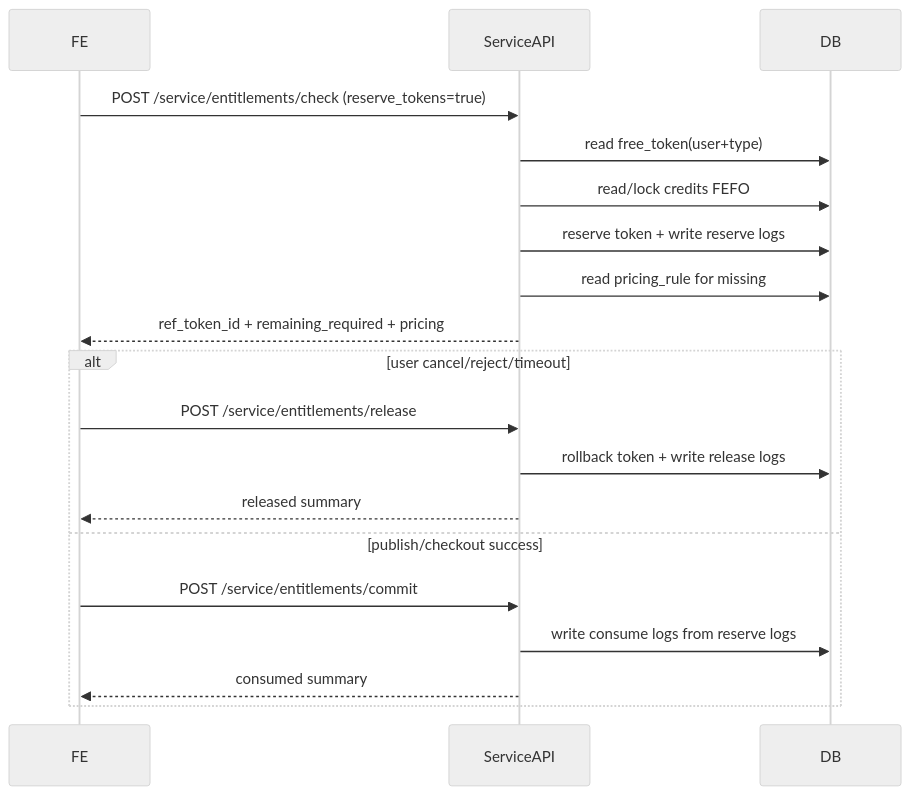
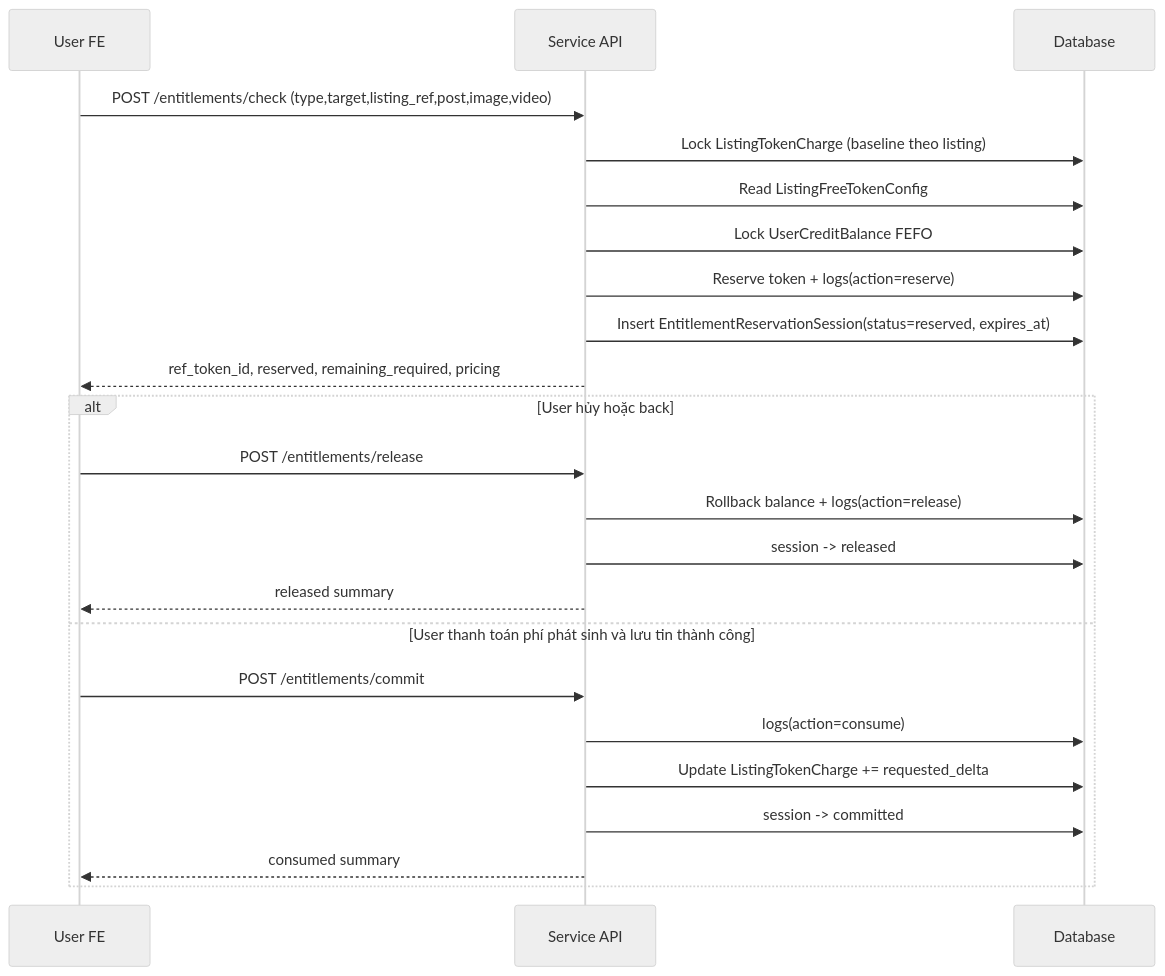
One commit to ntrieuvy/wikis changed the third of 3 diagrams in subcriptionsv2.md. Above: the diagram before and after it, drawn with Mermaid (neutral theme). The commit also changed other lines of this file, not shown here.

````diff
--- a/subcriptionsv2.md
+++ b/subcriptionsv2.md
@@ -93,23 +188,27 @@
 ```mermaid
 sequenceDiagram
-    participant FE
-    participant ServiceAPI
-    participant DB
+    participant FE as User FE
+    participant S as Service API
+    participant DB as Database
 
-    FE->>ServiceAPI: POST /service/entitlements/check (reserve_tokens=true)
-    ServiceAPI->>DB: read free_token(user+type)
-    ServiceAPI->>DB: read/lock credits FEFO
-    ServiceAPI->>DB: reserve token + write reserve logs
-    ServiceAPI->>DB: read pricing_rule for missing
-    ServiceAPI-->>FE: ref_token_id + remaining_required + pricing
+    FE->>S: POST /entitlements/check (type,target,listing_ref,post,image,video)
+    S->>DB: Lock ListingTokenCharge (baseline theo listing)
+    S->>DB: Read ListingFreeTokenConfig
+    S->>DB: Lock UserCreditBalance FEFO
+    S->>DB: Reserve token + logs(action=reserve)
+    S->>DB: Insert EntitlementReservationSession(status=reserved, expires_at)
+    S-->>FE: ref_token_id, reserved, remaining_required, pricing
 
-    alt user cancel/reject/timeout
-      FE->>ServiceAPI: POST /service/entitlements/release
-      ServiceAPI->>DB: rollback token + write release logs
-      ServiceAPI-->>FE: released summary
-    else publish/checkout success
-      FE->>ServiceAPI: POST /service/entitlements/commit
-      ServiceAPI->>DB: write consume logs from reserve logs
-      ServiceAPI-->>FE: consumed summary
+    alt User hủy hoặc back
+      FE->>S: POST /entitlements/release
+      S->>DB: Rollback balance + logs(action=release)
+      S->>DB: session -> released
+      S-->>FE: released summary
+    else User thanh toán phí phát sinh và lưu tin thành công
+      FE->>S: POST /entitlements/commit
+      S->>DB: logs(action=consume)
+      S->>DB: Update ListingTokenCharge += requested_delta
+      S->>DB: session -> committed
+      S-->>FE: consumed summary
     end
 ```
````
